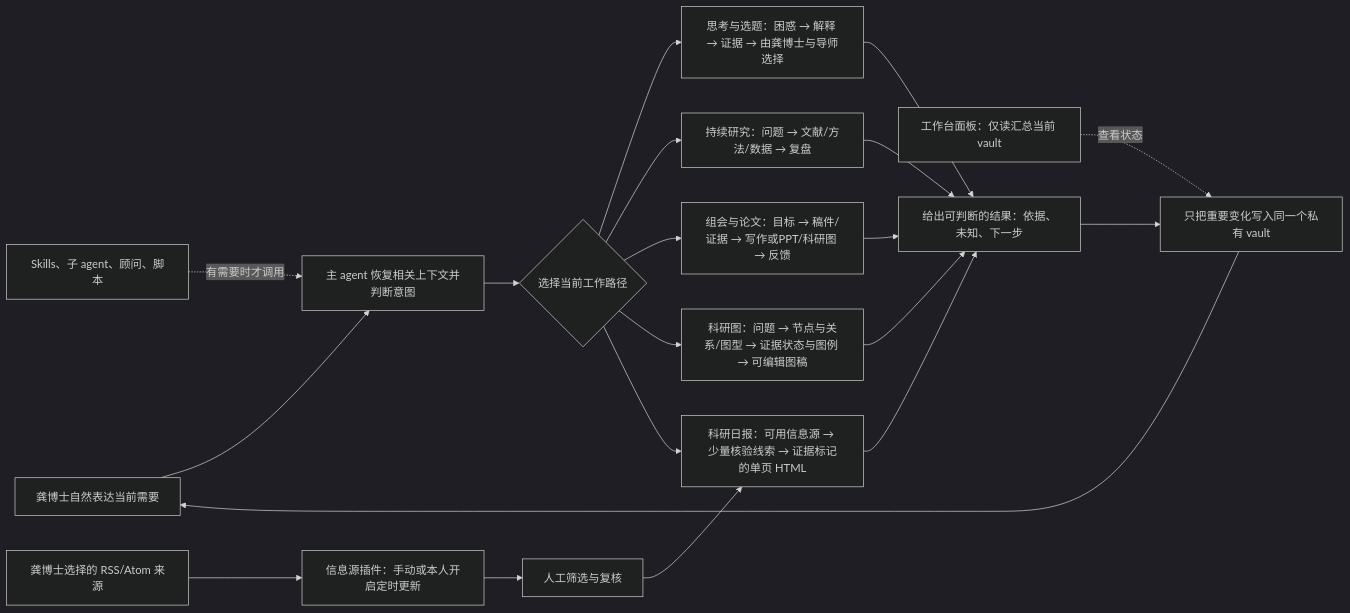
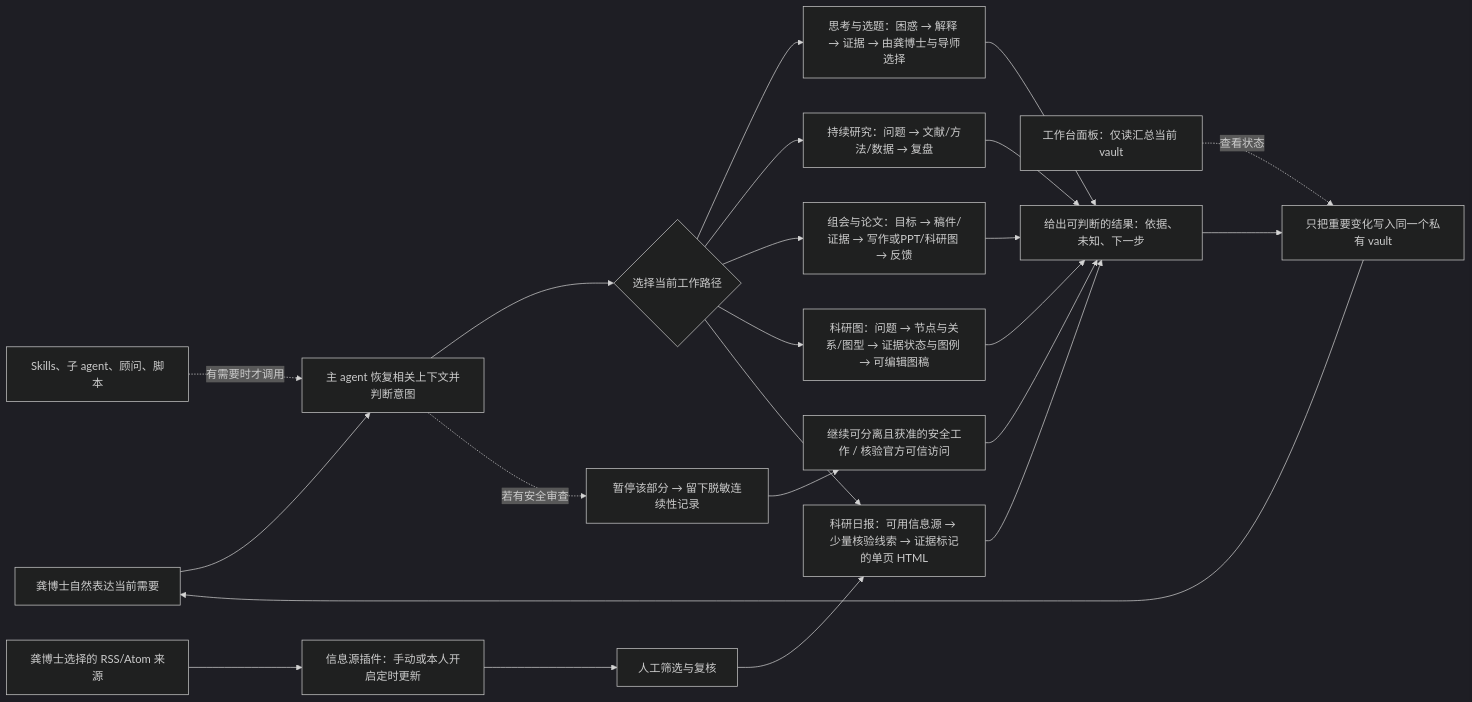
The diagram in 08_完整体系架构.md (youir/danta-research-workbench), drawn with Mermaid (dark theme) before and after one commit. The commit also changed other lines of this file and 21 other files, not shown here.

````diff
--- a/08_完整体系架构.md
+++ b/08_完整体系架构.md
@@ -11,22 +11,25 @@
 ```mermaid
 flowchart LR
     U[龚博士自然表达当前需要] --> R[主 agent 恢复相关上下文并判断意图]
     R --> W{选择当前工作路径}
     W --> I[思考与选题：困惑 → 解释 → 证据 → 由龚博士与导师选择]
     W --> D[持续研究：问题 → 文献/方法/数据 → 复盘]
     W --> M[组会与论文：目标 → 稿件/证据 → 写作或PPT/科研图 → 反馈]
     W --> F[科研图：问题 → 节点与关系/图型 → 证据状态与图例 → 可编辑图稿]
     W --> B[科研日报：可用信息源 → 少量核验线索 → 证据标记的单页 HTML]
+    R -. 若有安全审查 .-> X[暂停该部分 → 留下脱敏连续性记录]
+    X --> Y[继续可分离且获准的安全工作 / 核验官方可信访问]
     S1[龚博士选择的 RSS/Atom 来源] --> C[信息源插件：手动或本人开启定时更新]
     C --> H[人工筛选与复核]
     H --> B
     V[工作台面板：仅读汇总当前 vault] -. 查看状态 .-> P
     I --> O[给出可判断的结果：依据、未知、下一步]
     D --> O
     M --> O
     F --> O
     B --> O
+    Y --> O
     O --> P[只把重要变化写入同一个私有 vault]
     P --> U
     S[Skills、子 agent、顾问、脚本] -. 有需要时才调用 .-> R
 ```
````
